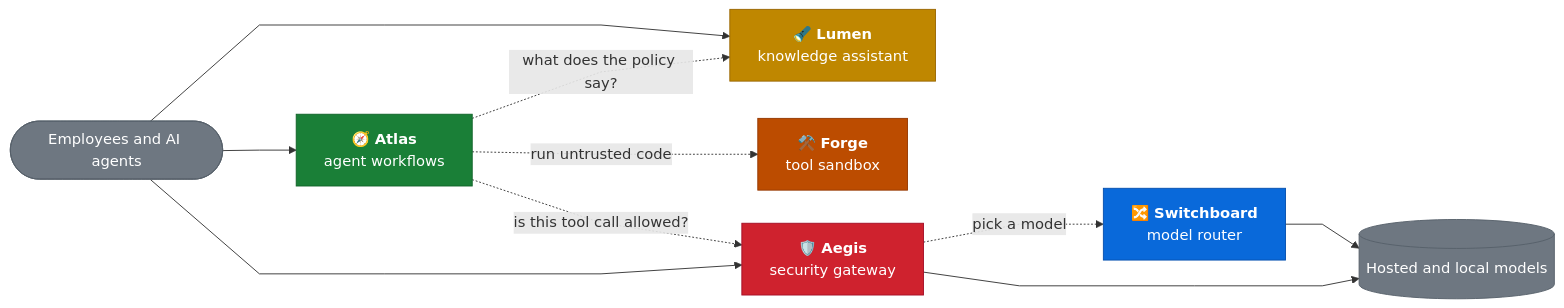
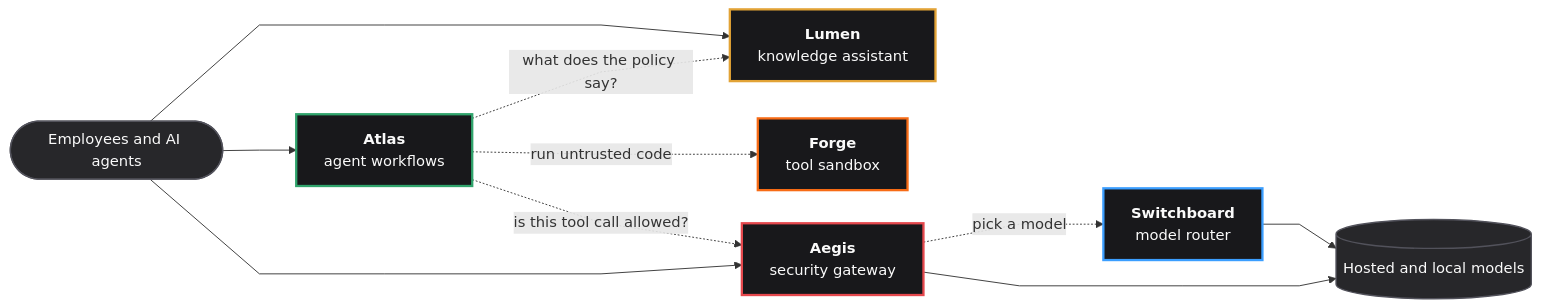
Before and after one commit to kumarlakshya24/enterprise-ai-platform: the first of 3 diagrams in README.md, drawn with Mermaid. The commit also changed other lines of this file and 2 other files, not shown here.

First line of the commit message:
Give the root README a dark and light banner and calmer diagrams

````diff
--- a/README.md
+++ b/README.md
@@ -59,40 +53,40 @@
 ```mermaid
 %%{init: {"flowchart": {"curve": "linear", "nodeSpacing": 36, "rankSpacing": 80}}}%%
 flowchart LR
   U(["Employees and AI agents"])
-  LUM["🔦 <b>Lumen</b><br/>knowledge assistant"]
-  ATL["🧭 <b>Atlas</b><br/>agent workflows"]
-  FRG["⚒️ <b>Forge</b><br/>tool sandbox"]
-  AEG["🛡️ <b>Aegis</b><br/>security gateway"]
-  SW["🔀 <b>Switchboard</b><br/>model router"]
+  LUM["<b>Lumen</b><br/>knowledge assistant"]
+  ATL["<b>Atlas</b><br/>agent workflows"]
+  FRG["<b>Forge</b><br/>tool sandbox"]
+  AEG["<b>Aegis</b><br/>security gateway"]
+  SW["<b>Switchboard</b><br/>model router"]
   LLM[("Hosted and local models")]
 
   U --> LUM
   U --> ATL
   U --> AEG
   ATL -. "what does the policy say?" .-> LUM
   ATL -. "run untrusted code" .-> FRG
   ATL -. "is this tool call allowed?" .-> AEG
   AEG -. "pick a model" .-> SW
   SW --> LLM
   AEG --> LLM
 
-  classDef aegis fill:#cf222e,stroke:#a40e26,color:#fff
-  classDef switchboard fill:#0969da,stroke:#0550ae,color:#fff
-  classDef lumen fill:#bf8700,stroke:#9a6700,color:#fff
-  classDef atlas fill:#1a7f37,stroke:#116329,color:#fff
-  classDef forge fill:#bc4c00,stroke:#953800,color:#fff
-  classDef lens fill:#8250df,stroke:#6639ba,color:#fff
-  classDef charter fill:#1b7c83,stroke:#136061,color:#fff
-  classDef arena fill:#bf3989,stroke:#99286e,color:#fff
-  classDef skyline fill:#57606a,stroke:#424a53,color:#fff
-  classDef conduit fill:#8a6238,stroke:#6b4a28,color:#fff
-  classDef neutral fill:#6e7781,stroke:#57606a,color:#fff
+  classDef aegis fill:#18181b,stroke:#e5484d,stroke-width:2.5px,color:#fafafa
+  classDef switchboard fill:#18181b,stroke:#3b9eff,stroke-width:2.5px,color:#fafafa
+  classDef lumen fill:#18181b,stroke:#e2a336,stroke-width:2.5px,color:#fafafa
+  classDef atlas fill:#18181b,stroke:#30a46c,stroke-width:2.5px,color:#fafafa
+  classDef forge fill:#18181b,stroke:#f76b15,stroke-width:2.5px,color:#fafafa
+  classDef lens fill:#18181b,stroke:#9e8cfc,stroke-width:2.5px,color:#fafafa
+  classDef charter fill:#18181b,stroke:#12a594,stroke-width:2.5px,color:#fafafa
+  classDef arena fill:#18181b,stroke:#e93d82,stroke-width:2.5px,color:#fafafa
+  classDef skyline fill:#18181b,stroke:#8b98a9,stroke-width:2.5px,color:#fafafa
+  classDef conduit fill:#18181b,stroke:#c08a5a,stroke-width:2.5px,color:#fafafa
+  classDef neutral fill:#27272a,stroke:#52525b,stroke-width:1.5px,color:#fafafa
   class U neutral
   class LUM lumen
   class ATL atlas
   class FRG forge
   class AEG aegis
   class SW switchboard
   class LLM neutral
 ```
````
